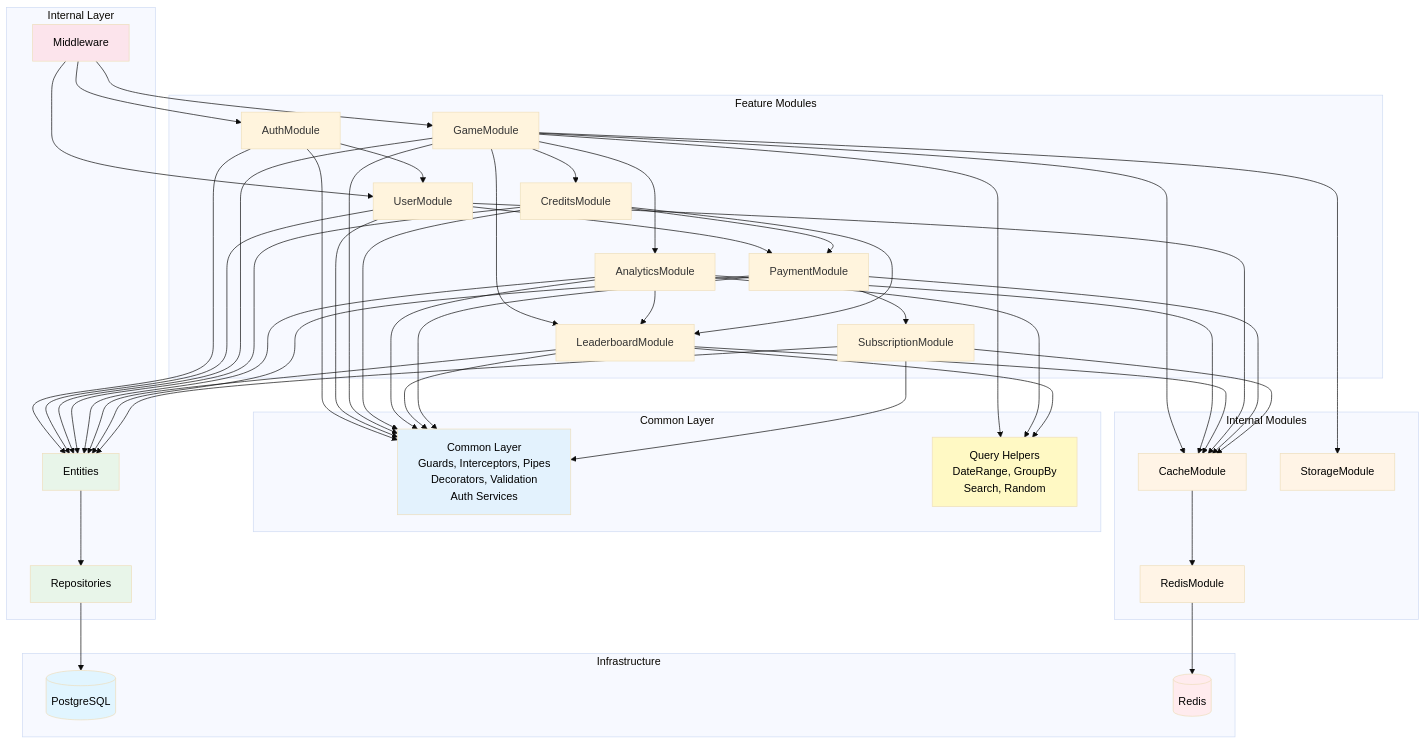
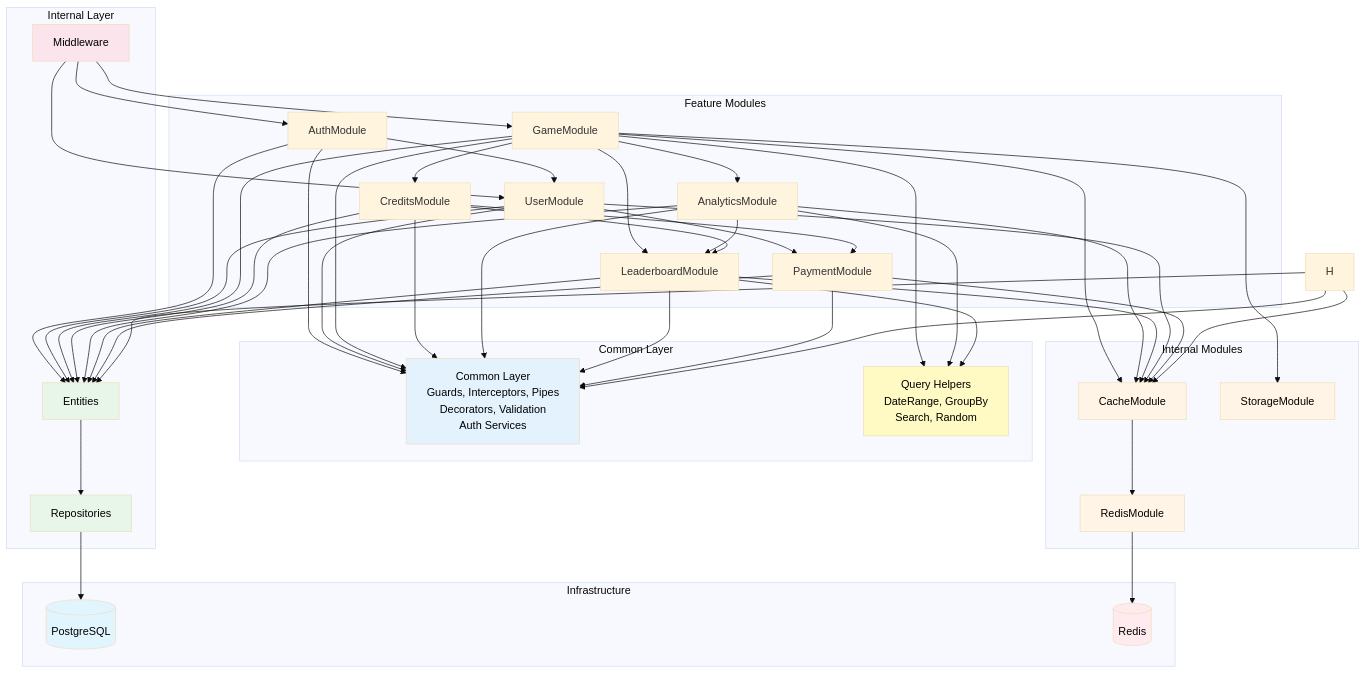
One commit to IsraelRub/EveryTriv changed the fourth of 28 diagrams in docs/DIAGRAMS.md. Above: the diagram before and after it, drawn with Mermaid (base theme). The commit also changed other lines of this file and 789 other files, not shown here.

````diff
--- a/docs/DIAGRAMS.md
+++ b/docs/DIAGRAMS.md
@@ -263,81 +255,80 @@
 ```mermaid
 graph TB
     subgraph "Feature Modules"
         A[AuthModule] --> B[UserModule]
         C[GameModule] --> D[CreditsModule]
         C --> E[AnalyticsModule]
         C --> F[LeaderboardModule]
         E --> F
         D --> F
         B --> G[PaymentModule]
         D --> G
-        G --> H[SubscriptionModule]
     end
 
     subgraph "Common Layer"
         CL[Common Layer<br/>Guards, Interceptors, Pipes<br/>Decorators, Validation<br/>Auth Services]
         OA[Query Helpers<br/>DateRange, GroupBy<br/>Search, Random]
     end
 
     subgraph "Internal Modules"
         N[CacheModule]
         O[StorageModule]
         P[RedisModule]
     end
 
     subgraph "Internal Layer"
         Q[Entities]
         R[Repositories]
         S[Middleware]
     end
 
     subgraph "Infrastructure"
         T[(PostgreSQL)]
         U[(Redis)]
     end
 
     A --> CL
     B --> CL
     C --> CL
     D --> CL
     E --> CL
     F --> CL
     G --> CL
     H --> CL
     C --> OA
     E --> OA
     F --> OA
     A --> Q
     B --> Q
     C --> Q
     D --> Q
     E --> Q
     F --> Q
     G --> Q
     H --> Q
     Q --> R
     R --> T
     C --> N
     C --> O
     E --> N
     F --> N
     B --> N
     G --> N
     H --> N
     N --> P
     P --> U
     S --> A
     S --> B
     S --> C
 
     style CL fill:#e3f2fd,color:#000000
     style OA fill:#fff9c4,color:#000000
     style N fill:#fff4e6,color:#000000
     style O fill:#fff4e6,color:#000000
     style P fill:#fff4e6,color:#000000
     style Q fill:#e8f5e9,color:#000000
     style R fill:#e8f5e9,color:#000000
     style S fill:#fce4ec,color:#000000
     style T fill:#e1f5ff,color:#000000
     style U fill:#ffebee,color:#000000
 ```
````
